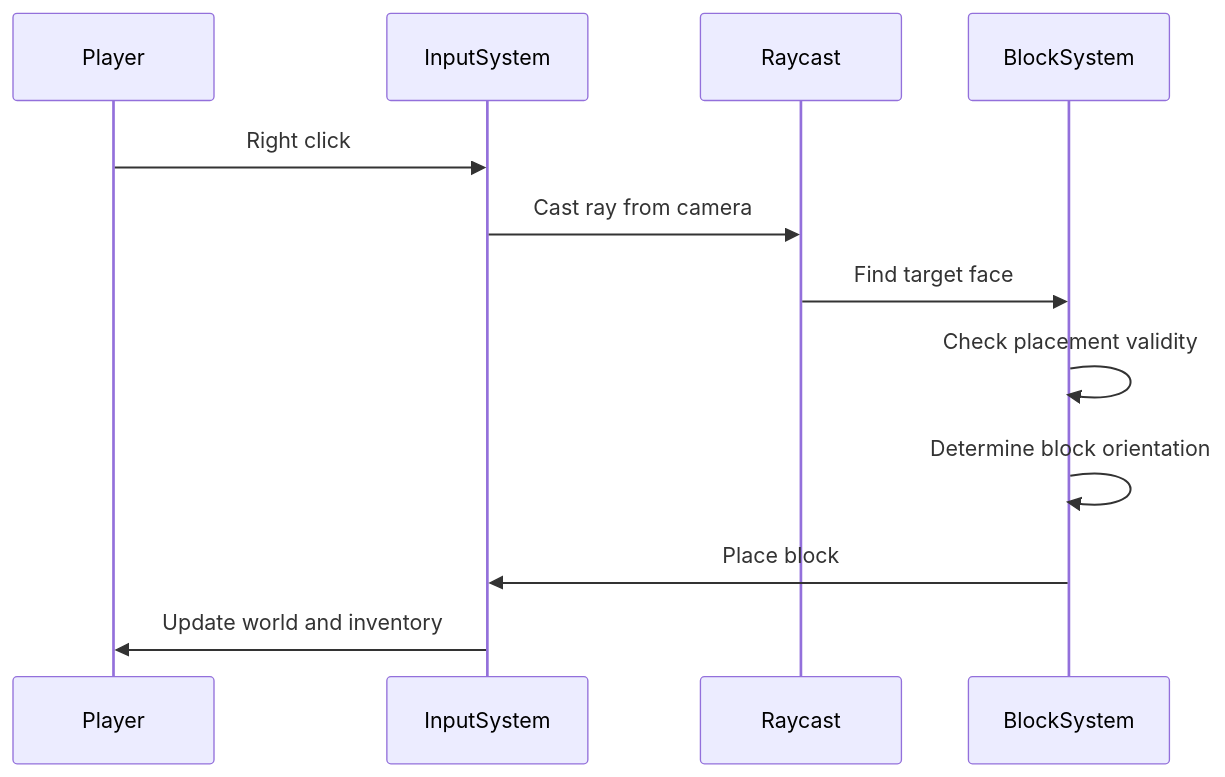
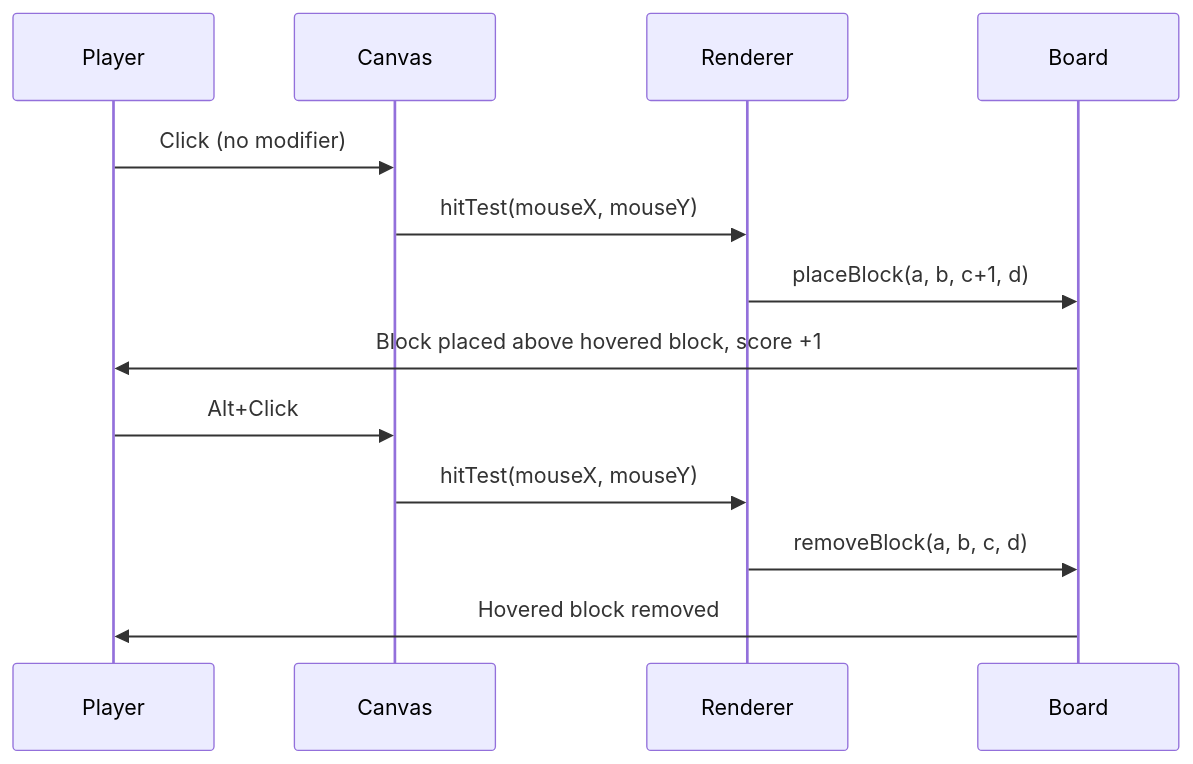
One commit to docxology/QuadCraft changed the sixth of 18 diagrams in docs/game_design/controls_and_navigation.md. Above: the diagram before and after it, drawn with Mermaid. The commit also changed other lines of this file and 107 other files, not shown here.

````diff
--- a/docs/game_design/controls_and_navigation.md
+++ b/docs/game_design/controls_and_navigation.md
@@ -220,15 +197,17 @@
 ```mermaid
 sequenceDiagram
     participant Player
-    participant InputSystem
-    participant Raycast
-    participant BlockSystem
-    
-    Player->>InputSystem: Right click
-    InputSystem->>Raycast: Cast ray from camera
-    Raycast->>BlockSystem: Find target face
-    BlockSystem->>BlockSystem: Check placement validity
-    BlockSystem->>BlockSystem: Determine block orientation
-    BlockSystem->>InputSystem: Place block
-    InputSystem->>Player: Update world and inventory
+    participant Canvas
+    participant Renderer
+    participant Board
+
+    Player->>Canvas: Click (no modifier)
+    Canvas->>Renderer: hitTest(mouseX, mouseY)
+    Renderer->>Board: placeBlock(a, b, c+1, d)
+    Board->>Player: Block placed above hovered block, score +1
+
+    Player->>Canvas: Alt+Click
+    Canvas->>Renderer: hitTest(mouseX, mouseY)
+    Renderer->>Board: removeBlock(a, b, c, d)
+    Board->>Player: Hovered block removed
 ```
````
